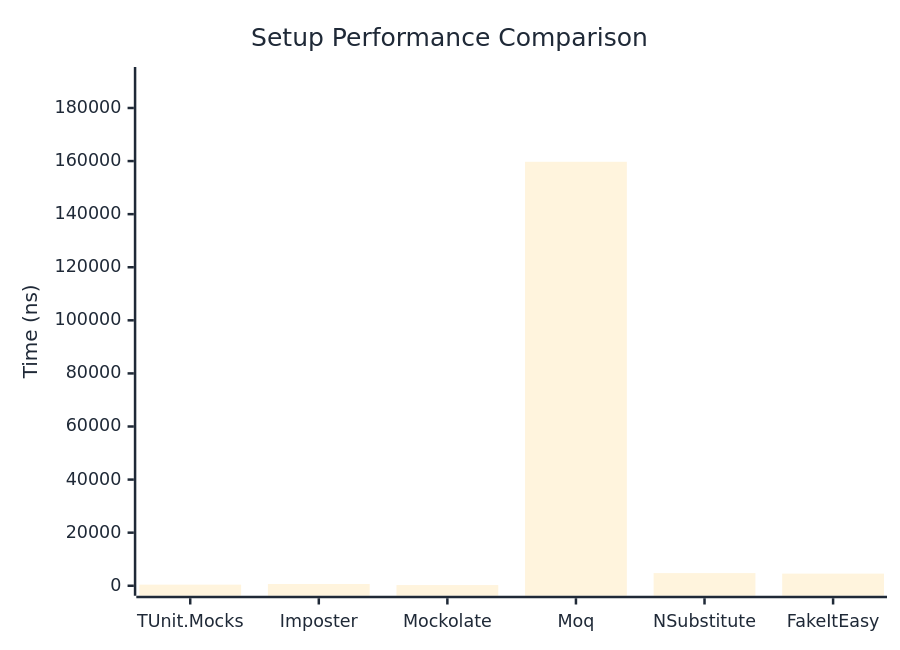
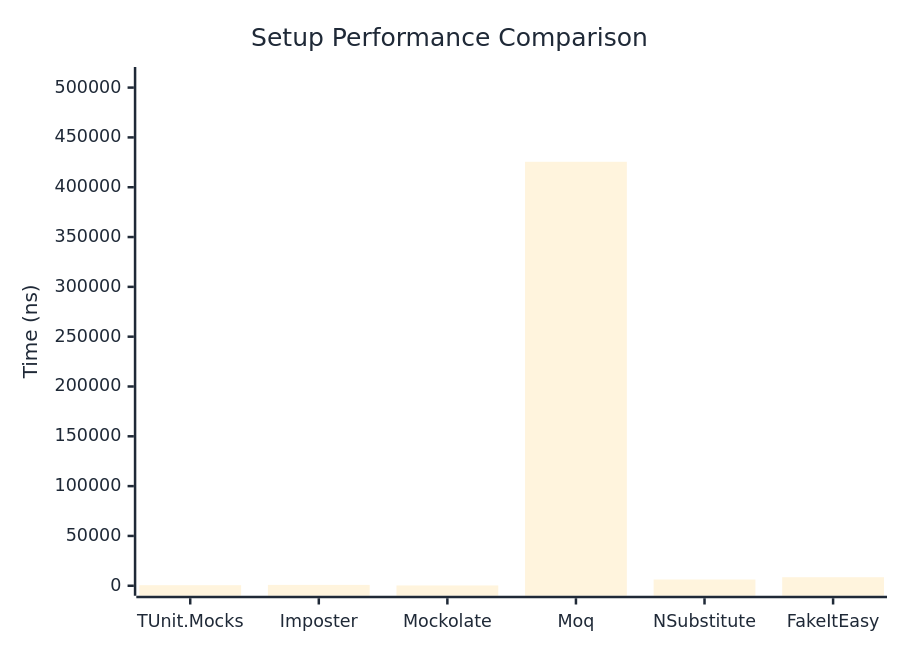
One commit to thomhurst/TUnit changed the first of 2 diagrams in docs/docs/benchmarks/mocks/Setup.md. Above: the diagram before and after it, drawn with Mermaid. The commit also changed other lines of this file and 14 other files, not shown here.

````diff
--- a/docs/docs/benchmarks/mocks/Setup.md
+++ b/docs/docs/benchmarks/mocks/Setup.md
@@ -30,27 +30,27 @@
 ```mermaid
 %%{init: {
   'theme':'base',
   'themeVariables': {
     'primaryColor': '#2563eb',
     'primaryTextColor': '#1f2937',
     'primaryBorderColor': '#1e40af',
     'lineColor': '#6b7280',
     'secondaryColor': '#7c3aed',
     'tertiaryColor': '#dc2626',
     'background': '#ffffff',
     'pie1': '#2563eb',
     'pie2': '#7c3aed',
     'pie3': '#dc2626',
     'pie4': '#f59e0b',
     'pie5': '#10b981',
     'pie6': '#06b6d4',
     'pie7': '#ec4899',
     'pie8': '#6366f1'
   }
 }}%%
 xychart-beta
   title "Setup Performance Comparison"
   x-axis ["TUnit.Mocks", "Imposter", "Mockolate", "Moq", "NSubstitute", "FakeItEasy"]
-  y-axis "Time (ns)" 0 --> 191673
-  bar [421.5, 665.9, 255.6, 159727.2, 4769, 4569.9]
+  y-axis "Time (ns)" 0 --> 510633
+  bar [566.8, 849.6, 315, 425527.1, 6262.5, 8567.4]
 ```
````
